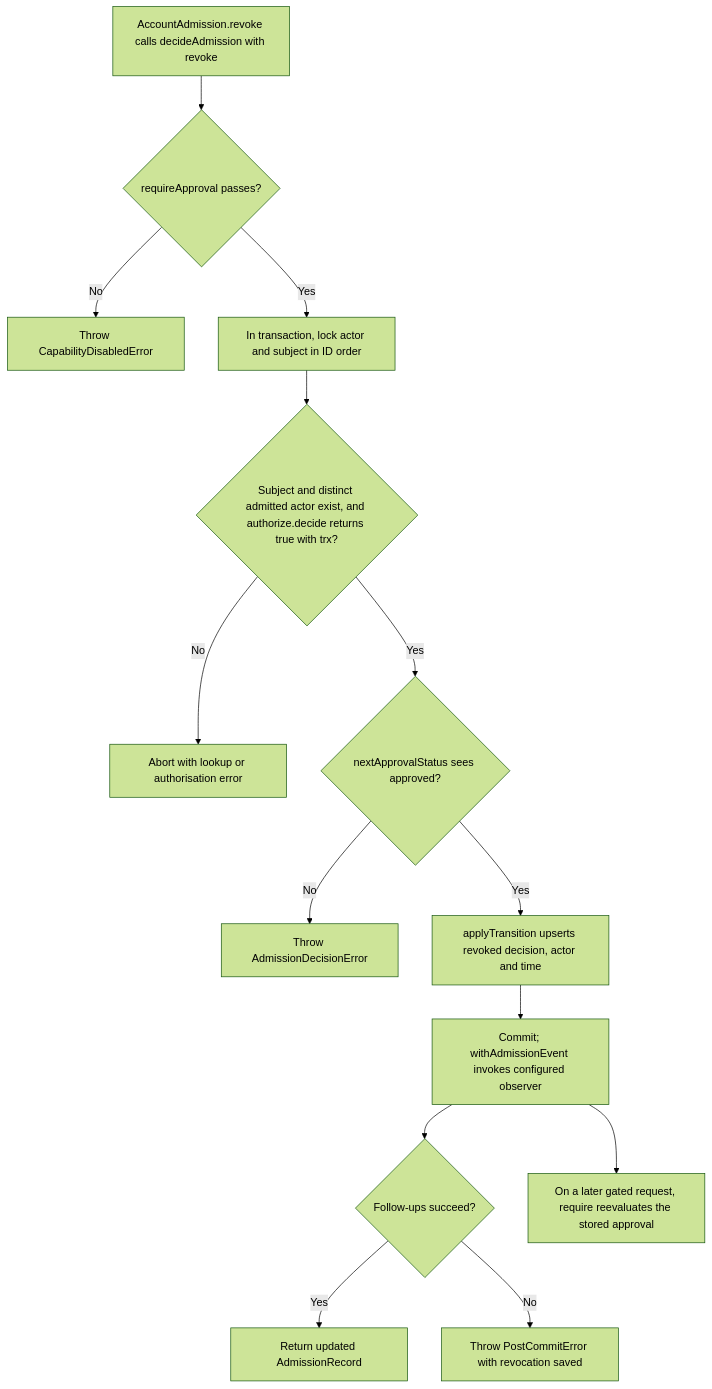
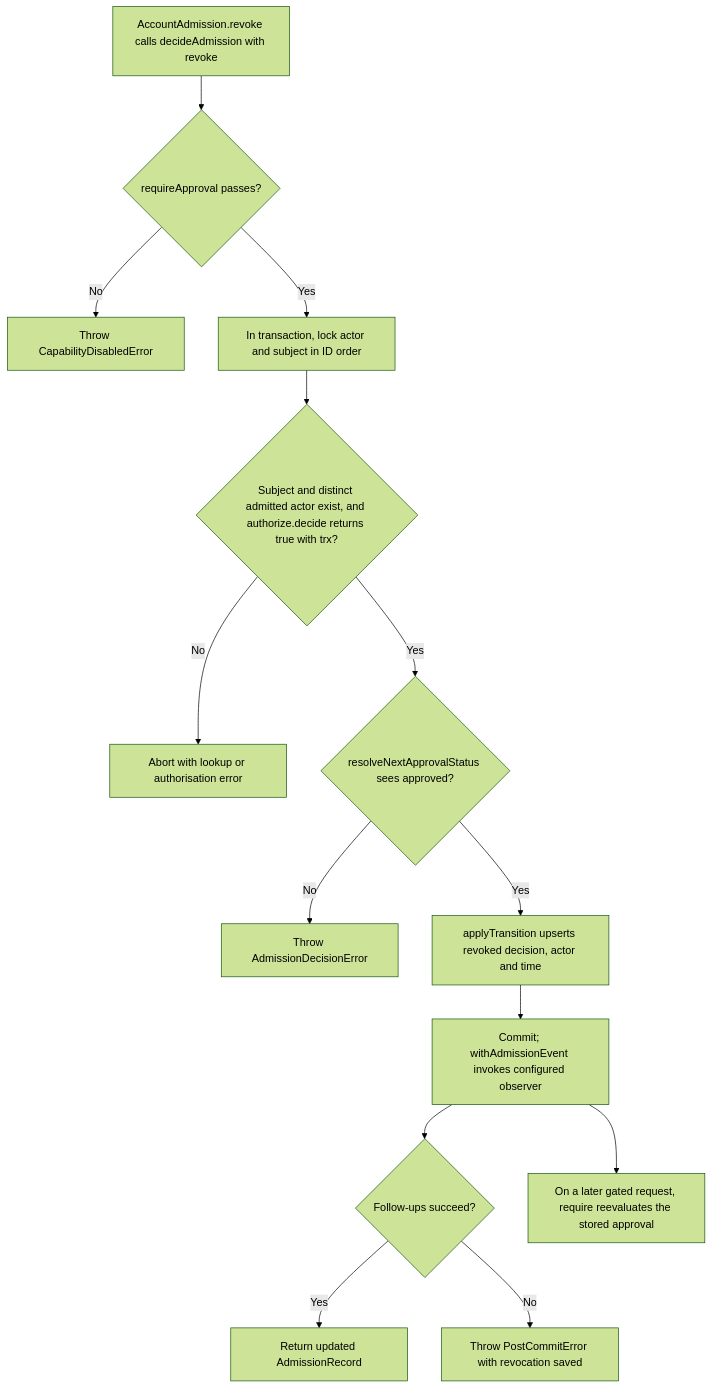
Before and after one commit to Kevinjohn/oss-adonisjs-account-kit: the second of 2 diagrams in user-stories/US-ACCOUNT-27-revoke-admission.md, drawn with Mermaid (forest theme). The commit also changed 29 other files, not shown here.

````diff
--- a/user-stories/US-ACCOUNT-27-revoke-admission.md
+++ b/user-stories/US-ACCOUNT-27-revoke-admission.md
@@ -38,16 +38,16 @@
 ```mermaid
 flowchart TD
  A["AccountAdmission.revoke calls decideAdmission with revoke"] --> B{"requireApproval passes?"}
  B -->|No| C["Throw CapabilityDisabledError"]
  B -->|Yes| D["In transaction, lock actor and subject in ID order"]
  D --> E{"Subject and distinct admitted actor exist, and authorize.decide returns true with trx?"}
  E -->|No| F["Abort with lookup or authorisation error"]
- E -->|Yes| G{"nextApprovalStatus sees approved?"}
+ E -->|Yes| G{"resolveNextApprovalStatus sees approved?"}
  G -->|No| H["Throw AdmissionDecisionError"]
  G -->|Yes| I["applyTransition upserts revoked decision, actor and time"]
  I --> J["Commit; withAdmissionEvent invokes configured observer"]
  J --> K{"Follow-ups succeed?"}
  K -->|Yes| L["Return updated AdmissionRecord"]
  K -->|No| M["Throw PostCommitError with revocation saved"]
  J --> N["On a later gated request, require reevaluates the stored approval"]
 ```
````
